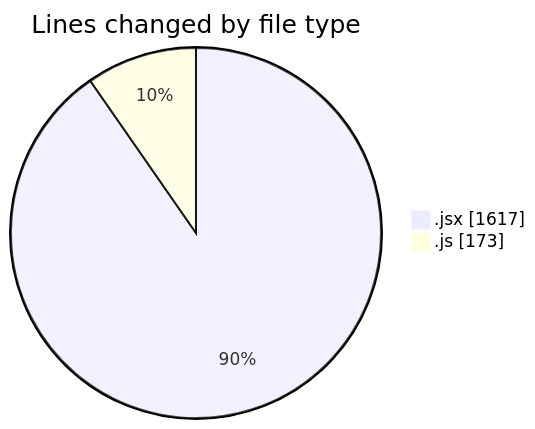
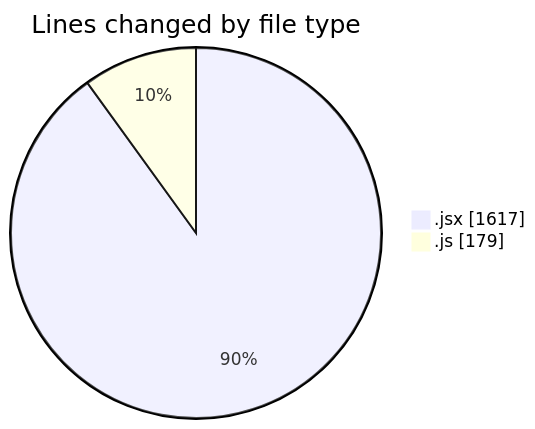
One commit to nxtqubesakshisongat/code-tracking changed the first of 2 diagrams in 2025-06-04/nxtqube_webapp/README.md. Above: the diagram before and after it, drawn with Mermaid. The commit also changed other lines of this file and 1 other file, not shown here.

````diff
--- a/2025-06-04/nxtqube_webapp/README.md
+++ b/2025-06-04/nxtqube_webapp/README.md
@@ -22,6 +22,6 @@
 ```mermaid
 pie showData
 title Lines changed by file type
 ".jsx" : 1617
-".js" : 173
+".js" : 179
 ```
````
